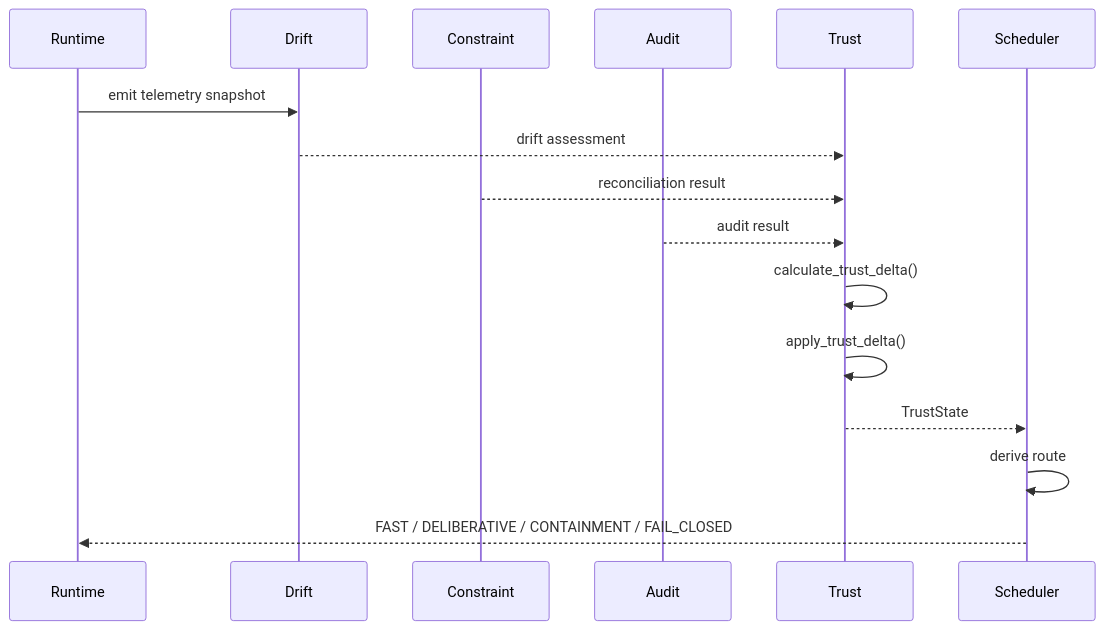
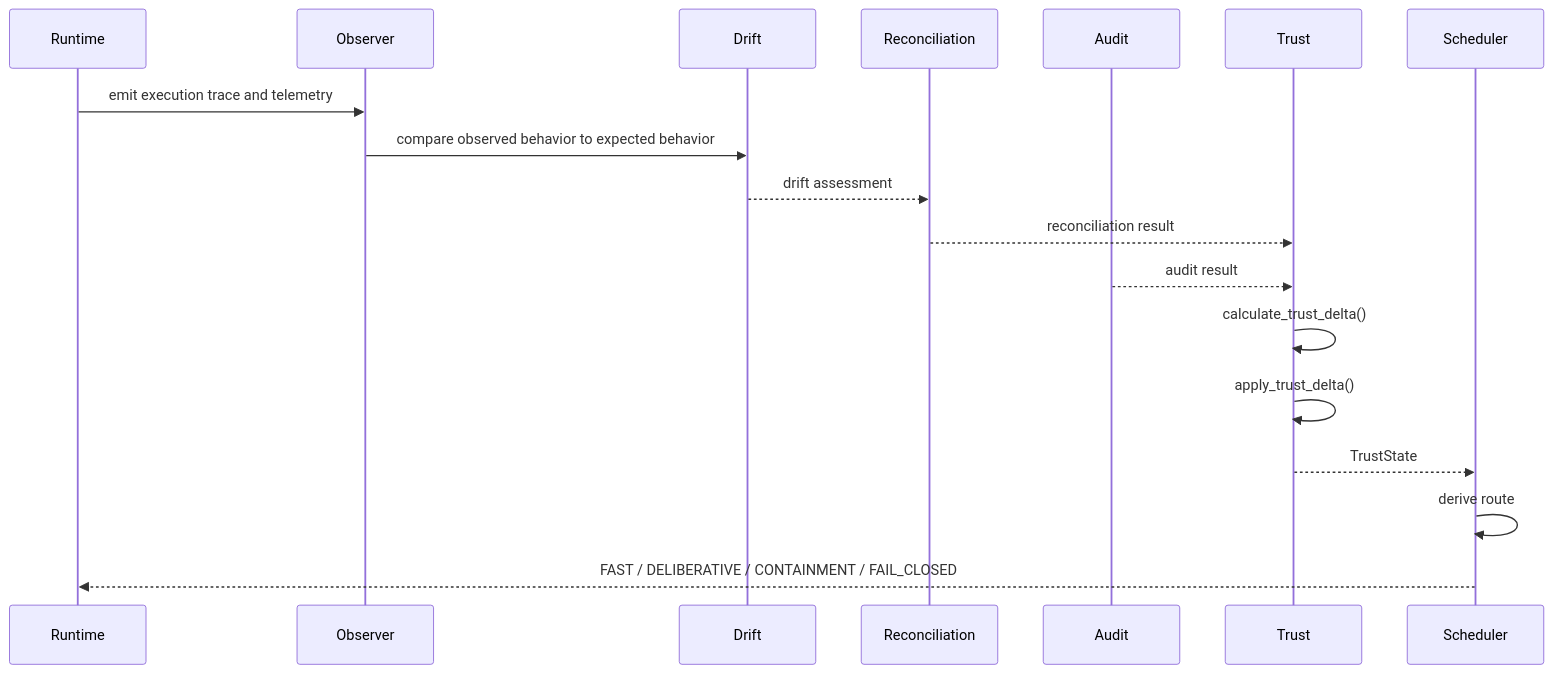
Before and after one commit to canstralian/PassiveOSINTControlPanel: the third of 6 diagrams in docs/runtime-process-map.md, drawn with Mermaid. The commit also changed other lines of this file, not shown here.

Commit message:
Link drift model into runtime process map

````diff
--- a/docs/runtime-process-map.md
+++ b/docs/runtime-process-map.md
@@ -89,19 +111,21 @@
 ```mermaid
 sequenceDiagram
     participant Runtime
+    participant Observer
     participant Drift
-    participant Constraint
+    participant Reconciliation
     participant Audit
     participant Trust
     participant Scheduler
 
-    Runtime->>Drift: emit telemetry snapshot
-    Drift-->>Trust: drift assessment
-    Constraint-->>Trust: reconciliation result
+    Runtime->>Observer: emit execution trace and telemetry
+    Observer->>Drift: compare observed behavior to expected behavior
+    Drift-->>Reconciliation: drift assessment
+    Reconciliation-->>Trust: reconciliation result
     Audit-->>Trust: audit result
     Trust->>Trust: calculate_trust_delta()
     Trust->>Trust: apply_trust_delta()
     Trust-->>Scheduler: TrustState
     Scheduler->>Scheduler: derive route
     Scheduler-->>Runtime: FAST / DELIBERATIVE / CONTAINMENT / FAIL_CLOSED
 ```
````
